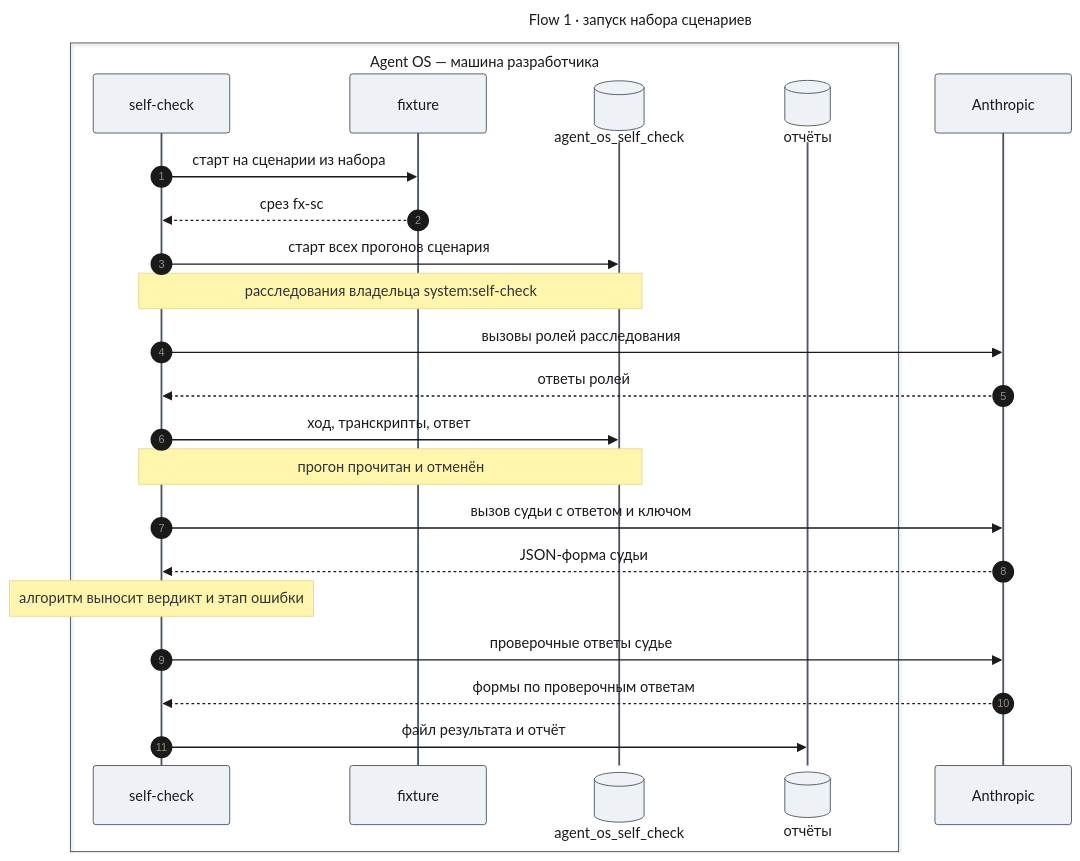
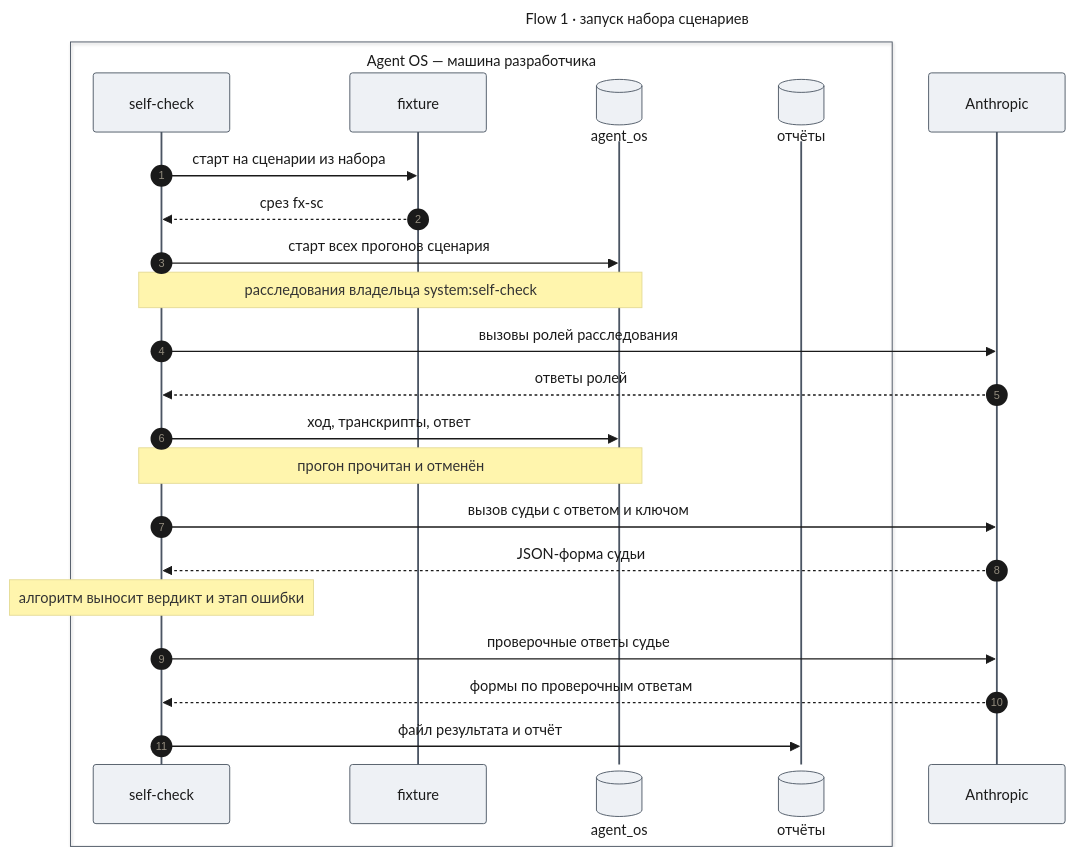
The ninth of 13 diagrams in docs/features/agent-quality/design-self-check.md (tundraray/agent-os), drawn with Mermaid before and after one commit. The commit also changed other lines of this file and 7 other files, not shown here.

````diff
--- a/docs/features/agent-quality/design-self-check.md
+++ b/docs/features/agent-quality/design-self-check.md
@@ -679,50 +677,50 @@
 ```mermaid
 ---
 title: "Flow 1 · запуск набора сценариев"
 config:
   theme: base
   look: classic
   themeVariables:
     primaryColor: "#eef1f5"
     primaryBorderColor: "#4b5563"
     primaryTextColor: "#1a1a1a"
     lineColor: "#6b7280"
   themeCSS: |
     @keyframes lit_f1{0%,8.18%{stroke:#991b1b;stroke-width:6px}9.09%,100%{stroke:#37474f;stroke-width:2px}}
     @keyframes litr_f1{0%,8.18%{stroke:#1d4ed8;stroke-width:6px}9.09%,100%{stroke:#37474f;stroke-width:2px}}
     .messageLine0[data-id='i1'],.messageLine1[data-id='i1']{animation:litr_f1 13.2s linear 0s infinite}
     .messageLine0[data-id='i2'],.messageLine1[data-id='i2']{animation:litr_f1 13.2s linear 1.2s infinite}
     .messageLine0[data-id='i3'],.messageLine1[data-id='i3']{animation:lit_f1 13.2s linear 2.4s infinite}
     .messageLine0[data-id='i5'],.messageLine1[data-id='i5']{animation:litr_f1 13.2s linear 3.6s infinite}
     .messageLine0[data-id='i6'],.messageLine1[data-id='i6']{animation:litr_f1 13.2s linear 4.8s infinite}
     .messageLine0[data-id='i7'],.messageLine1[data-id='i7']{animation:lit_f1 13.2s linear 6s infinite}
     .messageLine0[data-id='i9'],.messageLine1[data-id='i9']{animation:litr_f1 13.2s linear 7.2s infinite}
     .messageLine0[data-id='i10'],.messageLine1[data-id='i10']{animation:litr_f1 13.2s linear 8.4s infinite}
     .messageLine0[data-id='i12'],.messageLine1[data-id='i12']{animation:litr_f1 13.2s linear 9.6s infinite}
     .messageLine0[data-id='i13'],.messageLine1[data-id='i13']{animation:litr_f1 13.2s linear 10.8s infinite}
     .messageLine0[data-id='i14'],.messageLine1[data-id='i14']{animation:lit_f1 13.2s linear 12s infinite}
 ---
 sequenceDiagram
     autonumber
     box Agent OS — машина разработчика
         participant SC as self-check
         participant FX as fixture
-        participant DB@{ "type": "database" } as agent_os_self_check
+        participant DB@{ "type": "database" } as agent_os
         participant F@{ "type": "database" } as отчёты
     end
     participant A as Anthropic
     SC->>FX: старт на сценарии из набора
     FX-->>SC: срез fx-sc
     SC->>DB: старт всех прогонов сценария
     Note over SC,DB: расследования владельца system:self-check
     SC->>A: вызовы ролей расследования
     A-->>SC: ответы ролей
     SC->>DB: ход, транскрипты, ответ
     Note over SC,DB: прогон прочитан и отменён
     SC->>A: вызов судьи с ответом и ключом
     A-->>SC: JSON-форма судьи
     Note over SC: алгоритм выносит вердикт и этап ошибки
     SC->>A: проверочные ответы судье
     A-->>SC: формы по проверочным ответам
     SC->>F: файл результата и отчёт
 ```
````
